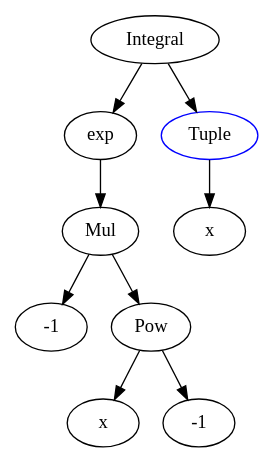
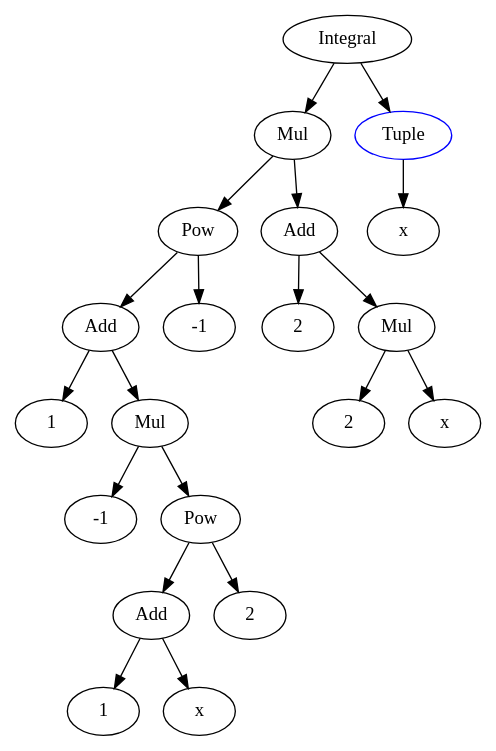
Before and after one commit to haraldschilly/python-fuer-mathematiker: the diagram in doc/res/sympy-int.dot, drawn with Graphviz. The commit also changed 3 other files, not shown here.

```diff
--- a/doc/res/sympy-int.dot
+++ b/doc/res/sympy-int.dot
@@ -1,33 +1,55 @@
 digraph{
 
 # Graph style
 "ordering"="out"
 "rankdir"="TD"
 
 #########
 # Nodes #
 #########
 
-"Integral(exp(Mul(NegativeOne(), Pow(Symbol(x), NegativeOne()))), Tuple(Symbol(x)))_()" ["color"="black", "label"="Integral", "shape"="ellipse"];
-"exp(Mul(NegativeOne(), Pow(Symbol(x), NegativeOne())))_(0,)" ["color"="black", "label"="exp", "shape"="ellipse"];
-"Mul(NegativeOne(), Pow(Symbol(x), NegativeOne()))_(0, 0)" ["color"="black", "label"="Mul", "shape"="ellipse"];
-"NegativeOne()_(0, 0, 0)" ["color"="black", "label"="-1", "shape"="ellipse"];
-"Pow(Symbol(x), NegativeOne())_(0, 0, 1)" ["color"="black", "label"="Pow", "shape"="ellipse"];
-"Symbol(x)_(0, 0, 1, 0)" ["color"="black", "label"="x", "shape"="ellipse"];
-"NegativeOne()_(0, 0, 1, 1)" ["color"="black", "label"="-1", "shape"="ellipse"];
+"Integral(Mul(Add(Integer(2), Mul(Integer(2), Symbol(x))), Pow(Add(One(), Mul(NegativeOne(), Pow(Add(One(), Symbol(x)), Integer(2)))), NegativeOne())), Tuple(Symbol(x)))_()" ["color"="black", "label"="Integral", "shape"="ellipse"];
+"Mul(Add(Integer(2), Mul(Integer(2), Symbol(x))), Pow(Add(One(), Mul(NegativeOne(), Pow(Add(One(), Symbol(x)), Integer(2)))), NegativeOne()))_(0,)" ["color"="black", "label"="Mul", "shape"="ellipse"];
+"Pow(Add(One(), Mul(NegativeOne(), Pow(Add(One(), Symbol(x)), Integer(2)))), NegativeOne())_(0, 0)" ["color"="black", "label"="Pow", "shape"="ellipse"];
+"Add(One(), Mul(NegativeOne(), Pow(Add(One(), Symbol(x)), Integer(2))))_(0, 0, 0)" ["color"="black", "label"="Add", "shape"="ellipse"];
+"One()_(0, 0, 0, 0)" ["color"="black", "label"="1", "shape"="ellipse"];
+"Mul(NegativeOne(), Pow(Add(One(), Symbol(x)), Integer(2)))_(0, 0, 0, 1)" ["color"="black", "label"="Mul", "shape"="ellipse"];
+"NegativeOne()_(0, 0, 0, 1, 0)" ["color"="black", "label"="-1", "shape"="ellipse"];
+"Pow(Add(One(), Symbol(x)), Integer(2))_(0, 0, 0, 1, 1)" ["color"="black", "label"="Pow", "shape"="ellipse"];
+"Add(One(), Symbol(x))_(0, 0, 0, 1, 1, 0)" ["color"="black", "label"="Add", "shape"="ellipse"];
+"One()_(0, 0, 0, 1, 1, 0, 0)" ["color"="black", "label"="1", "shape"="ellipse"];
+"Symbol(x)_(0, 0, 0, 1, 1, 0, 1)" ["color"="black", "label"="x", "shape"="ellipse"];
+"Integer(2)_(0, 0, 0, 1, 1, 1)" ["color"="black", "label"="2", "shape"="ellipse"];
+"NegativeOne()_(0, 0, 1)" ["color"="black", "label"="-1", "shape"="ellipse"];
+"Add(Integer(2), Mul(Integer(2), Symbol(x)))_(0, 1)" ["color"="black", "label"="Add", "shape"="ellipse"];
+"Integer(2)_(0, 1, 0)" ["color"="black", "label"="2", "shape"="ellipse"];
+"Mul(Integer(2), Symbol(x))_(0, 1, 1)" ["color"="black", "label"="Mul", "shape"="ellipse"];
+"Integer(2)_(0, 1, 1, 0)" ["color"="black", "label"="2", "shape"="ellipse"];
+"Symbol(x)_(0, 1, 1, 1)" ["color"="black", "label"="x", "shape"="ellipse"];
 "Tuple(Symbol(x))_(1,)" ["color"="blue", "label"="Tuple", "shape"="ellipse"];
 "Symbol(x)_(1, 0)" ["color"="black", "label"="x", "shape"="ellipse"];
 
 #########
 # Edges #
 #########
 
-"Integral(exp(Mul(NegativeOne(), Pow(Symbol(x), NegativeOne()))), Tuple(Symbol(x)))_()" -> "exp(Mul(NegativeOne(), Pow(Symbol(x), NegativeOne())))_(0,)";
-"Integral(exp(Mul(NegativeOne(), Pow(Symbol(x), NegativeOne()))), Tuple(Symbol(x)))_()" -> "Tuple(Symbol(x))_(1,)";
-"exp(Mul(NegativeOne(), Pow(Symbol(x), NegativeOne())))_(0,)" -> "Mul(NegativeOne(), Pow(Symbol(x), NegativeOne()))_(0, 0)";
-"Mul(NegativeOne(), Pow(Symbol(x), NegativeOne()))_(0, 0)" -> "NegativeOne()_(0, 0, 0)";
-"Mul(NegativeOne(), Pow(Symbol(x), NegativeOne()))_(0, 0)" -> "Pow(Symbol(x), NegativeOne())_(0, 0, 1)";
-"Pow(Symbol(x), NegativeOne())_(0, 0, 1)" -> "Symbol(x)_(0, 0, 1, 0)";
-"Pow(Symbol(x), NegativeOne())_(0, 0, 1)" -> "NegativeOne()_(0, 0, 1, 1)";
+"Integral(Mul(Add(Integer(2), Mul(Integer(2), Symbol(x))), Pow(Add(One(), Mul(NegativeOne(), Pow(Add(One(), Symbol(x)), Integer(2)))), NegativeOne())), Tuple(Symbol(x)))_()" -> "Mul(Add(Integer(2), Mul(Integer(2), Symbol(x))), Pow(Add(One(), Mul(NegativeOne(), Pow(Add(One(), Symbol(x)), Integer(2)))), NegativeOne()))_(0,)";
+"Integral(Mul(Add(Integer(2), Mul(Integer(2), Symbol(x))), Pow(Add(One(), Mul(NegativeOne(), Pow(Add(One(), Symbol(x)), Integer(2)))), NegativeOne())), Tuple(Symbol(x)))_()" -> "Tuple(Symbol(x))_(1,)";
+"Mul(Add(Integer(2), Mul(Integer(2), Symbol(x))), Pow(Add(One(), Mul(NegativeOne(), Pow(Add(One(), Symbol(x)), Integer(2)))), NegativeOne()))_(0,)" -> "Pow(Add(One(), Mul(NegativeOne(), Pow(Add(One(), Symbol(x)), Integer(2)))), NegativeOne())_(0, 0)";
+"Mul(Add(Integer(2), Mul(Integer(2), Symbol(x))), Pow(Add(One(), Mul(NegativeOne(), Pow(Add(One(), Symbol(x)), Integer(2)))), NegativeOne()))_(0,)" -> "Add(Integer(2), Mul(Integer(2), Symbol(x)))_(0, 1)";
+"Pow(Add(One(), Mul(NegativeOne(), Pow(Add(One(), Symbol(x)), Integer(2)))), NegativeOne())_(0, 0)" -> "Add(One(), Mul(NegativeOne(), Pow(Add(One(), Symbol(x)), Integer(2))))_(0, 0, 0)";
+"Pow(Add(One(), Mul(NegativeOne(), Pow(Add(One(), Symbol(x)), Integer(2)))), NegativeOne())_(0, 0)" -> "NegativeOne()_(0, 0, 1)";
+"Add(One(), Mul(NegativeOne(), Pow(Add(One(), Symbol(x)), Integer(2))))_(0, 0, 0)" -> "One()_(0, 0, 0, 0)";
+"Add(One(), Mul(NegativeOne(), Pow(Add(One(), Symbol(x)), Integer(2))))_(0, 0, 0)" -> "Mul(NegativeOne(), Pow(Add(One(), Symbol(x)), Integer(2)))_(0, 0, 0, 1)";
+"Mul(NegativeOne(), Pow(Add(One(), Symbol(x)), Integer(2)))_(0, 0, 0, 1)" -> "NegativeOne()_(0, 0, 0, 1, 0)";
+"Mul(NegativeOne(), Pow(Add(One(), Symbol(x)), Integer(2)))_(0, 0, 0, 1)" -> "Pow(Add(One(), Symbol(x)), Integer(2))_(0, 0, 0, 1, 1)";
+"Pow(Add(One(), Symbol(x)), Integer(2))_(0, 0, 0, 1, 1)" -> "Add(One(), Symbol(x))_(0, 0, 0, 1, 1, 0)";
+"Pow(Add(One(), Symbol(x)), Integer(2))_(0, 0, 0, 1, 1)" -> "Integer(2)_(0, 0, 0, 1, 1, 1)";
+"Add(One(), Symbol(x))_(0, 0, 0, 1, 1, 0)" -> "One()_(0, 0, 0, 1, 1, 0, 0)";
+"Add(One(), Symbol(x))_(0, 0, 0, 1, 1, 0)" -> "Symbol(x)_(0, 0, 0, 1, 1, 0, 1)";
+"Add(Integer(2), Mul(Integer(2), Symbol(x)))_(0, 1)" -> "Integer(2)_(0, 1, 0)";
+"Add(Integer(2), Mul(Integer(2), Symbol(x)))_(0, 1)" -> "Mul(Integer(2), Symbol(x))_(0, 1, 1)";
+"Mul(Integer(2), Symbol(x))_(0, 1, 1)" -> "Integer(2)_(0, 1, 1, 0)";
+"Mul(Integer(2), Symbol(x))_(0, 1, 1)" -> "Symbol(x)_(0, 1, 1, 1)";
 "Tuple(Symbol(x))_(1,)" -> "Symbol(x)_(1, 0)";
 }
```
